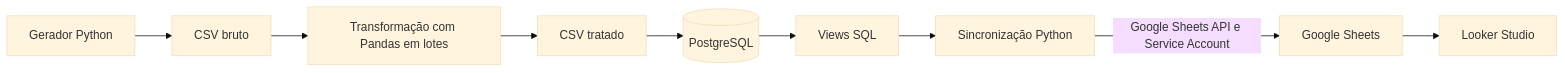
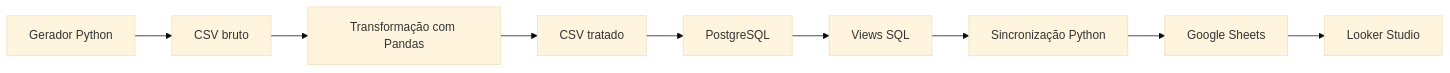
Before and after one commit to murilo186/rideops: the diagram in README.md, drawn with Mermaid (base theme).

Commit message:
(fix) simplifica diagrama da arquitetura

````diff
--- a/README.md
+++ b/README.md
@@ -27,11 +27,11 @@
 ```mermaid
 flowchart LR
-    A[Gerador Python] --> B[CSV bruto]
-    B --> C[Transformação com Pandas em lotes]
-    C --> D[CSV tratado]
-    D --> E[(PostgreSQL)]
-    E --> F[Views SQL]
-    F --> G[Sincronização Python]
-    G -->|Google Sheets API e Service Account| H[Google Sheets]
-    H --> I[Looker Studio]
+    generator["Gerador Python"] --> raw["CSV bruto"]
+    raw --> transform["Transformação com Pandas"]
+    transform --> processed["CSV tratado"]
+    processed --> database["PostgreSQL"]
+    database --> views["Views SQL"]
+    views --> sync["Sincronização Python"]
+    sync --> sheets["Google Sheets"]
+    sheets --> dashboard["Looker Studio"]
 ```
````
